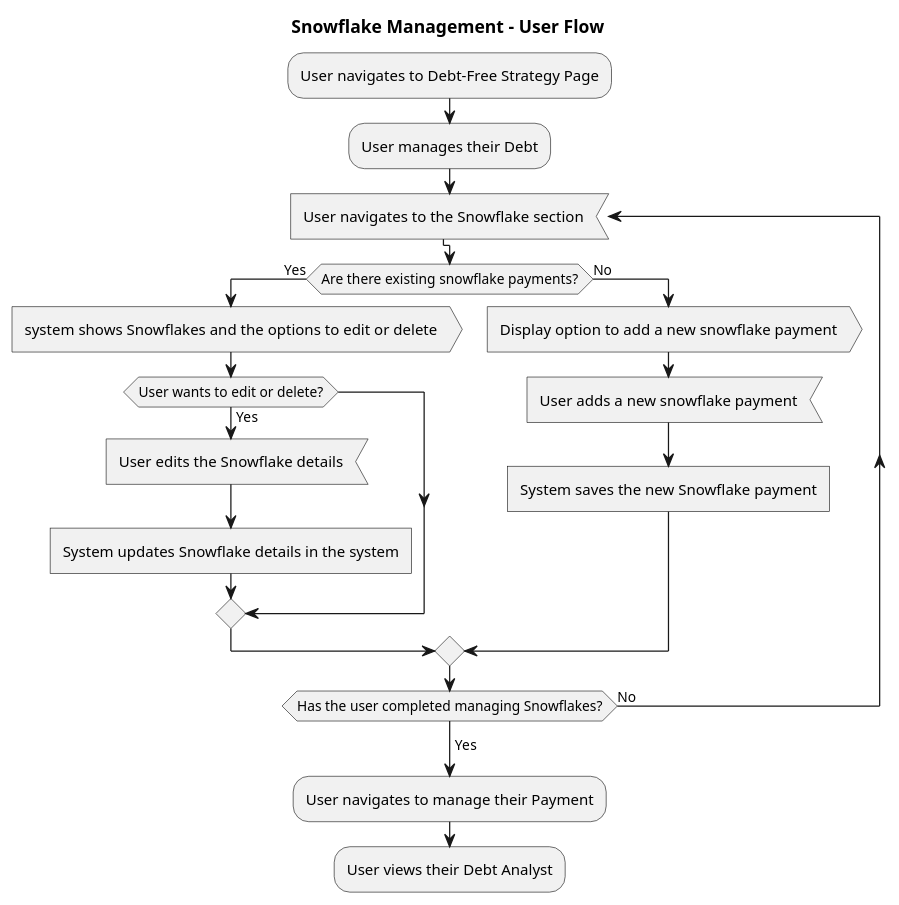
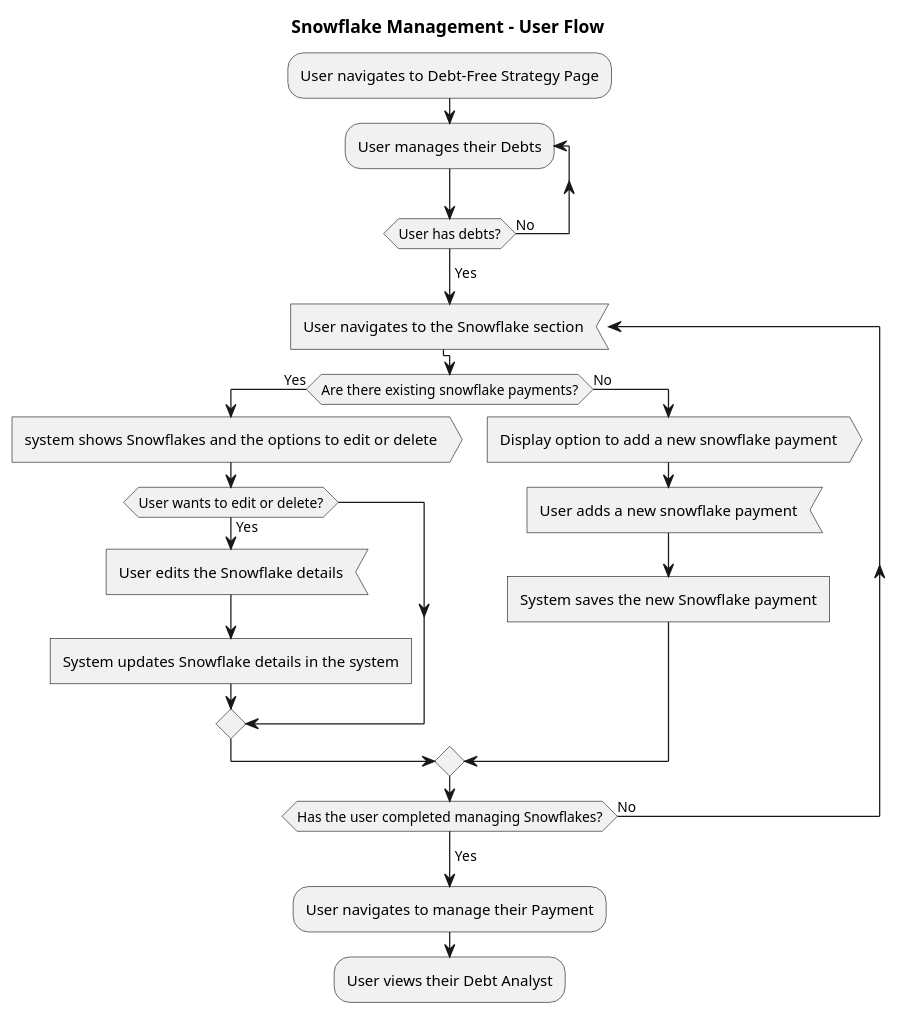
One commit to Guilderm/SnowballPlanner changed the eighth of 9 diagrams in Documents/Product Requirements Document (PRD).md. Above: the diagram before and after it, drawn with PlantUML. The commit also changed other lines of this file, not shown here.

````diff
--- a/Documents/Product Requirements Document (PRD).md
+++ b/Documents/Product Requirements Document (PRD).md
@@ -834,30 +836,32 @@
 ```plantuml
 @startuml
 title Snowflake Management - User Flow
 
 :User navigates to Debt-Free Strategy Page;
-:User manages their Debt;
+repeat :User manages their Debts;
+repeat while (User has debts?) is (No)
+  -> Yes;
 
 repeat :User navigates to the Snowflake section; <<input>>
 
 if (Are there existing snowflake payments?) then (Yes)
   :system shows Snowflakes and the options to edit or delete; <<output>>
   
   if (User wants to edit or delete?) then (Yes)
     :User edits the Snowflake details; <<input>>
     :System updates Snowflake details in the system; <<task>>
   endif
 else (No)
   :Display option to add a new snowflake payment; <<output>>
   :User adds a new snowflake payment; <<input>>
   :System saves the new Snowflake payment; <<task>>
 endif
 
 repeat while (Has the user completed managing Snowflakes?) is (No)
   -> Yes;
 
 :User navigates to manage their Payment;
 :User views their Debt Analyst;
 
 @enduml
 ```
````
